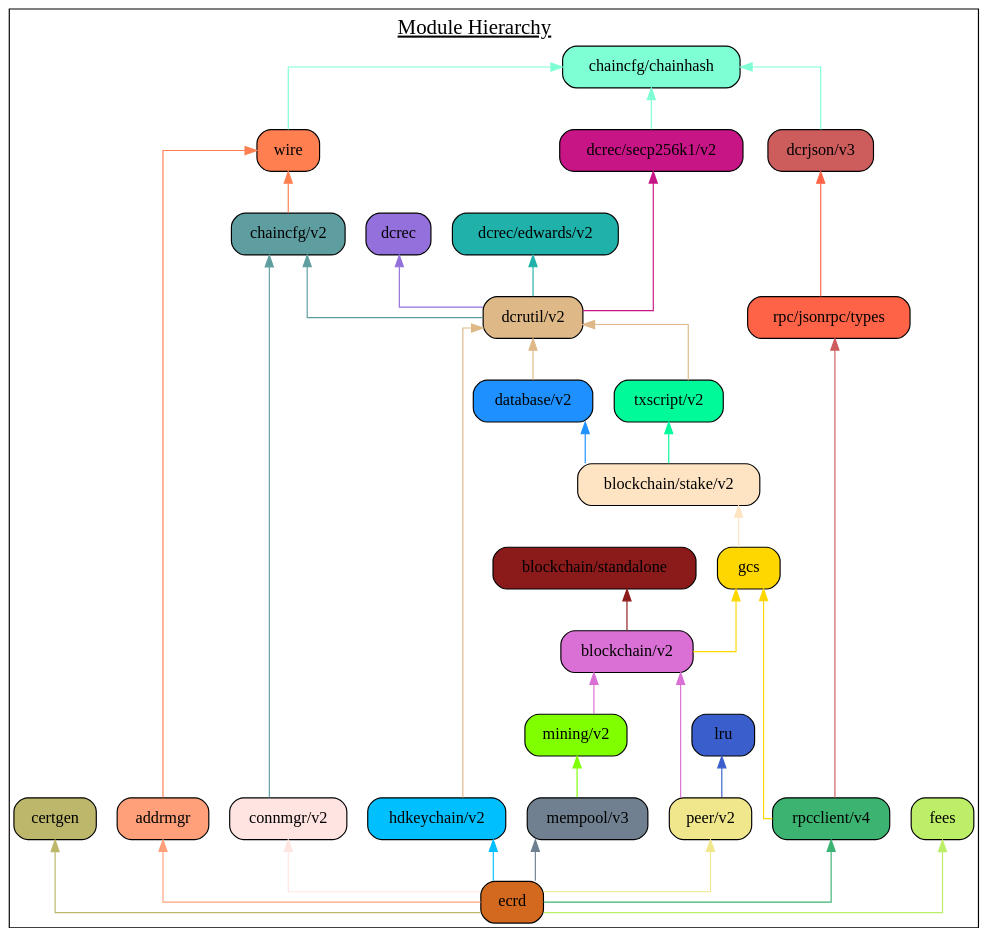
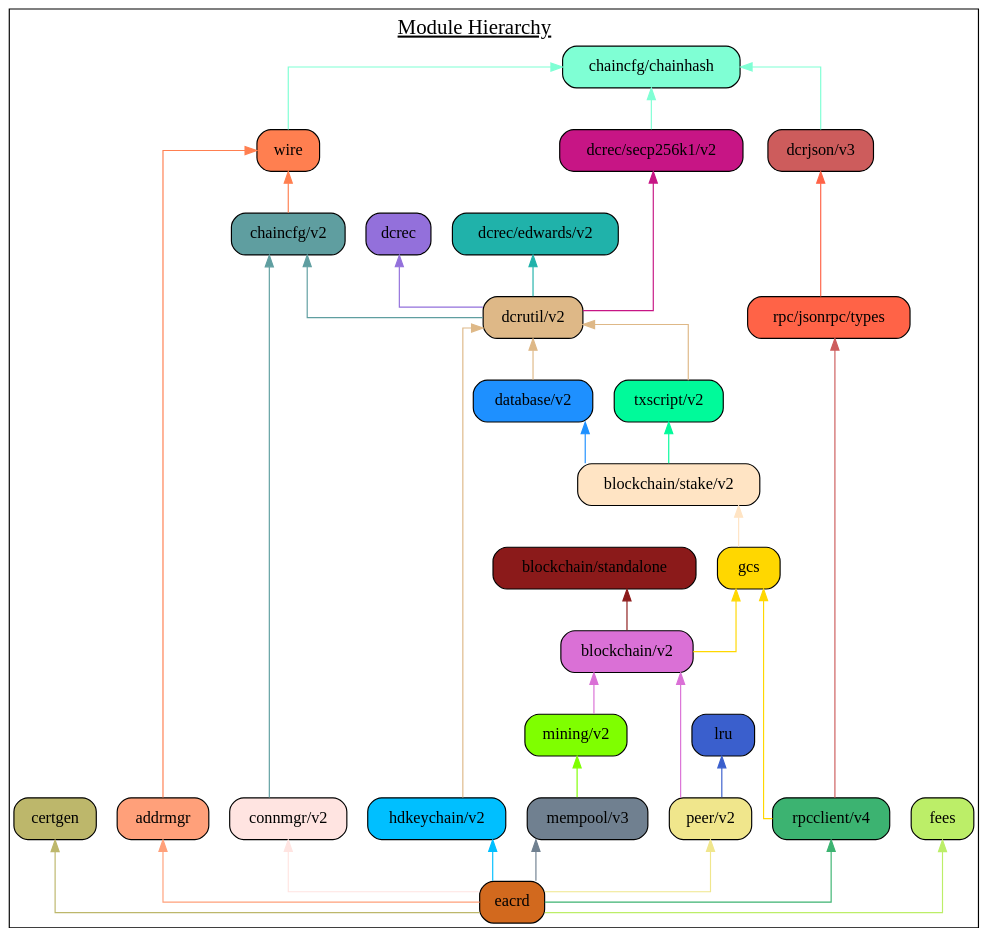
One commit to Eacred/eacrd changed the diagram in docs/assets/module_hierarchy.gv. Above: the diagram before and after it, drawn with Graphviz. The commit also changed 85 other files, not shown here.

```diff
--- a/docs/assets/module_hierarchy.gv
+++ b/docs/assets/module_hierarchy.gv
@@ -1,69 +1,69 @@
 digraph {
 	graph [splines=ortho colorscheme=svg label=<<u>Module Hierarchy</u>> labelloc=t fontsize=18.0]
 	node [shape=box style="filled, rounded"]
 
 	certgen [label="certgen" fillcolor=darkkhaki]
 	chainhash [label="chaincfg/chainhash" fillcolor=aquamarine]
 	dcrjson [label="dcrjson/v3" fillcolor=indianred]
 	types [label="rpc/jsonrpc/types" fillcolor=tomato]
 	wire [label="wire" fillcolor=coral]
 	addrmgr [label="addrmgr" fillcolor=lightsalmon]
 	chaincfg [label="chaincfg/v2" fillcolor=cadetblue]
 	connmgr [label="connmgr/v2" fillcolor=mistyrose]
 	dcrec [label="dcrec" fillcolor=mediumpurple]
 	edwards [label="dcrec/edwards/v2" fillcolor=lightseagreen]
 	secp256k1 [label="dcrec/secp256k1/v2" fillcolor=mediumvioletred]
 	dcrutil [label="dcrutil/v2" fillcolor=burlywood]
 	database [label="database/v2" fillcolor=dodgerblue]
 	hdkeychain [label="hdkeychain/v2" fillcolor=deepskyblue]
 	txscript [label="txscript/v2" fillcolor=mediumspringgreen]
 	stake [label="blockchain/stake/v2" fillcolor=bisque]
 	standalone [label="blockchain/standalone" fillcolor=firebrick4]
 	gcs [label="gcs" fillcolor=gold]
 	blockchain [label="blockchain/v2" fillcolor=orchid]
 	mempool [label="mempool/v3" fillcolor=slategray]
 	mining [label="mining/v2" fillcolor=chartreuse]
 	lru  [label="lru" fillcolor=royalblue3]
 	peer [label="peer/v2" fillcolor=khaki]
 	rpcclient [label="rpcclient/v4" fillcolor=mediumseagreen]
 	fees [label="fees" fillcolor=darkolivegreen2]
-	ecrd [label="ecrd" fillcolor=chocolate]
+	eacrd [label="eacrd" fillcolor=chocolate]
 
 	{rank=same connmgr addrmgr hdkeychain peer rpcclient mempool}
 
 	certgen
 	chainhash -> dcrjson [dir=back color=aquamarine]
 	chainhash -> wire [dir=back color=aquamarine]
 	wire -> addrmgr [dir=back color=coral]
 	wire -> chaincfg [dir=back color=coral]
 	chaincfg -> connmgr [dir=back color=cadetblue]
 	chainhash -> secp256k1 [dir=back color=aquamarine]
 	chaincfg -> dcrutil [dir=back color=cadetblue]
 	dcrec -> dcrutil [dir=back color=mediumpurple]
 	edwards ->  dcrutil [dir=back color=lightseagreen]
 	secp256k1 ->  dcrutil [dir=back color=mediumvioletred]
 	dcrutil -> database [dir=back color=burlywood]
 	dcrutil -> hdkeychain [dir=back color=burlywood]
 	dcrutil -> txscript [dir=back color=burlywood]
 	database ->  stake [dir=back color=dodgerblue]
 	txscript -> stake [dir=back color=mediumspringgreen]
 	stake -> gcs [dir=back color=bisque]
 	standalone -> blockchain [dir=back color=firebrick4]
 	gcs -> blockchain [dir=back color=gold]
 	gcs -> rpcclient [dir=back color=gold]
 	blockchain -> mining [dir=back color=orchid]
 	mining -> mempool [dir=back color=chartreuse]
 	lru -> peer [dir=back color=royalblue3]
 	blockchain -> peer [dir=back color=orchid]
 	dcrjson -> types [dir=back color=tomato]
 	types -> rpcclient [dir=back color=indianred]
 
-	fees -> ecrd [dir=back color=darkolivegreen2]
-	mempool -> ecrd [dir=back color=slategray]
-	certgen -> ecrd [dir=back color=darkkhaki]
-	addrmgr -> ecrd [dir=back color=lightsalmon]
-	hdkeychain -> ecrd [dir=back color=deepskyblue]
-	connmgr -> ecrd [dir=back color=mistyrose]
-	rpcclient -> ecrd [dir=back color=mediumseagreen]
-	peer -> ecrd [dir=back color=khaki]
+	fees -> eacrd [dir=back color=darkolivegreen2]
+	mempool -> eacrd [dir=back color=slategray]
+	certgen -> eacrd [dir=back color=darkkhaki]
+	addrmgr -> eacrd [dir=back color=lightsalmon]
+	hdkeychain -> eacrd [dir=back color=deepskyblue]
+	connmgr -> eacrd [dir=back color=mistyrose]
+	rpcclient -> eacrd [dir=back color=mediumseagreen]
+	peer -> eacrd [dir=back color=khaki]
 }
```
